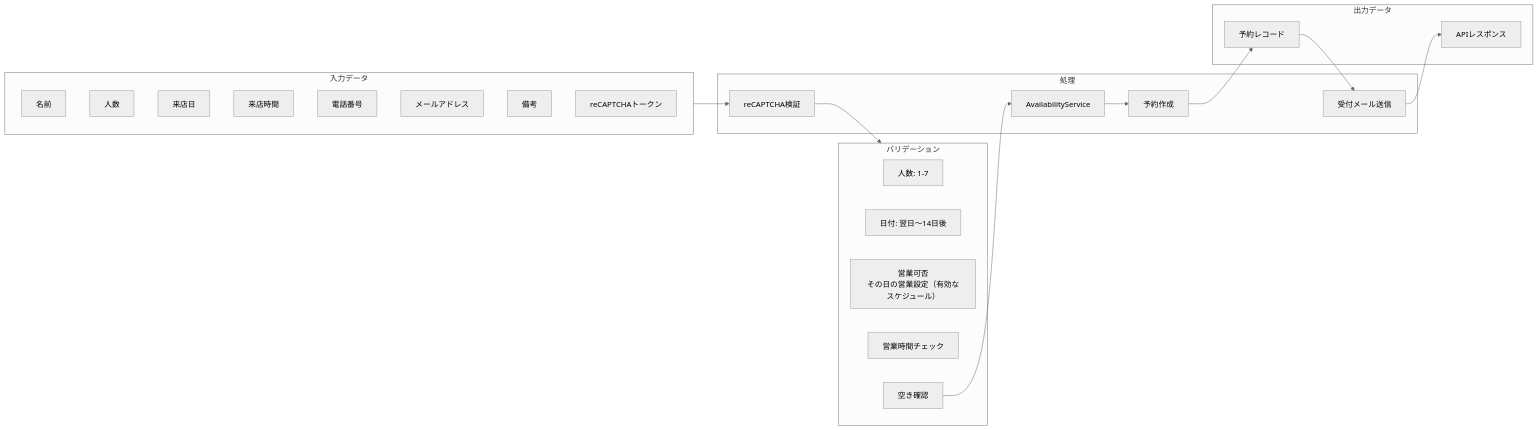
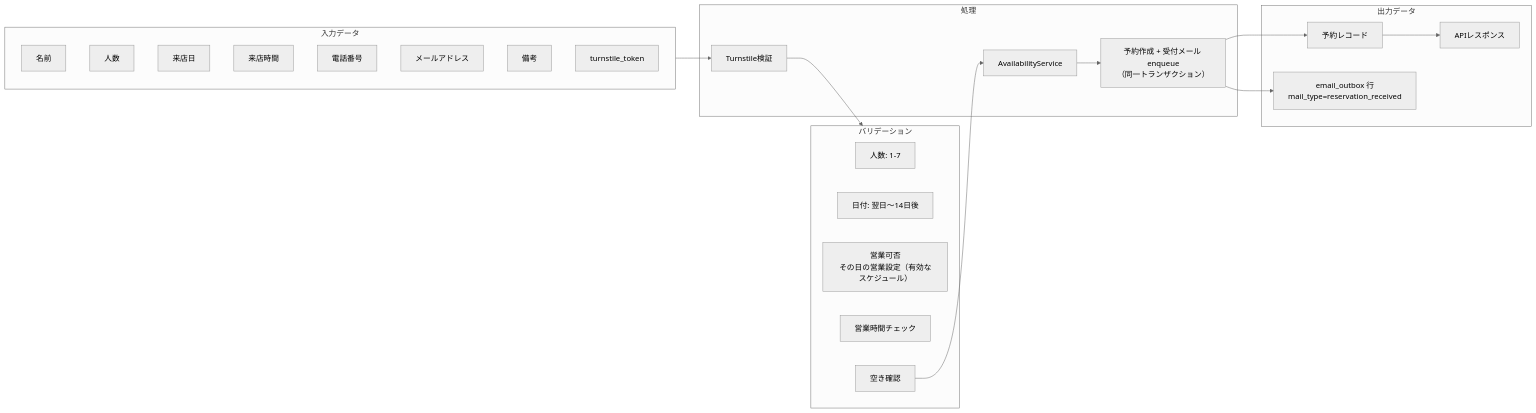
The second of 10 diagrams in docs/data_flow.md (cergijame101007/satehits), drawn with Mermaid (neutral theme) before and after one commit. The commit also changed other lines of this file and 3 other files, not shown here.

````diff
--- a/docs/data_flow.md
+++ b/docs/data_flow.md
@@ -48,41 +57,41 @@
 ```mermaid
 flowchart LR
     subgraph Input[入力データ]
         Name[名前]
         People[人数]
         Date[来店日]
         Time[来店時間]
         Phone[電話番号]
         Email[メールアドレス]
         Note[備考]
-        Token[reCAPTCHAトークン]
+        Token[turnstile_token]
     end
 
     subgraph Validation[バリデーション]
         V1[人数: 1-7]
         V2[日付: 翌日〜14日後]
         V3[営業可否<br/>その日の営業設定（有効なスケジュール）]
         V4[営業時間チェック]
         V5[空き確認]
     end
 
     subgraph Process[処理]
-        ReCaptcha[reCAPTCHA検証]
+        Turnstile[Turnstile検証]
         AvailService[AvailabilityService]
-        Create[予約作成]
-        SendMail[受付メール送信]
+        Create[予約作成 + 受付メール enqueue<br/>（同一トランザクション）]
     end
 
     subgraph Output[出力データ]
         Reservation[予約レコード]
+        Outbox[email_outbox 行<br/>mail_type=reservation_received]
         Response[APIレスポンス]
     end
 
-    Input --> ReCaptcha
-    ReCaptcha --> Validation
+    Input --> Turnstile
+    Turnstile --> Validation
     V5 --> AvailService
     AvailService --> Create
     Create --> Reservation
-    Reservation --> SendMail
-    SendMail --> Response
+    Create --> Outbox
+    Reservation --> Response
 ```
````
